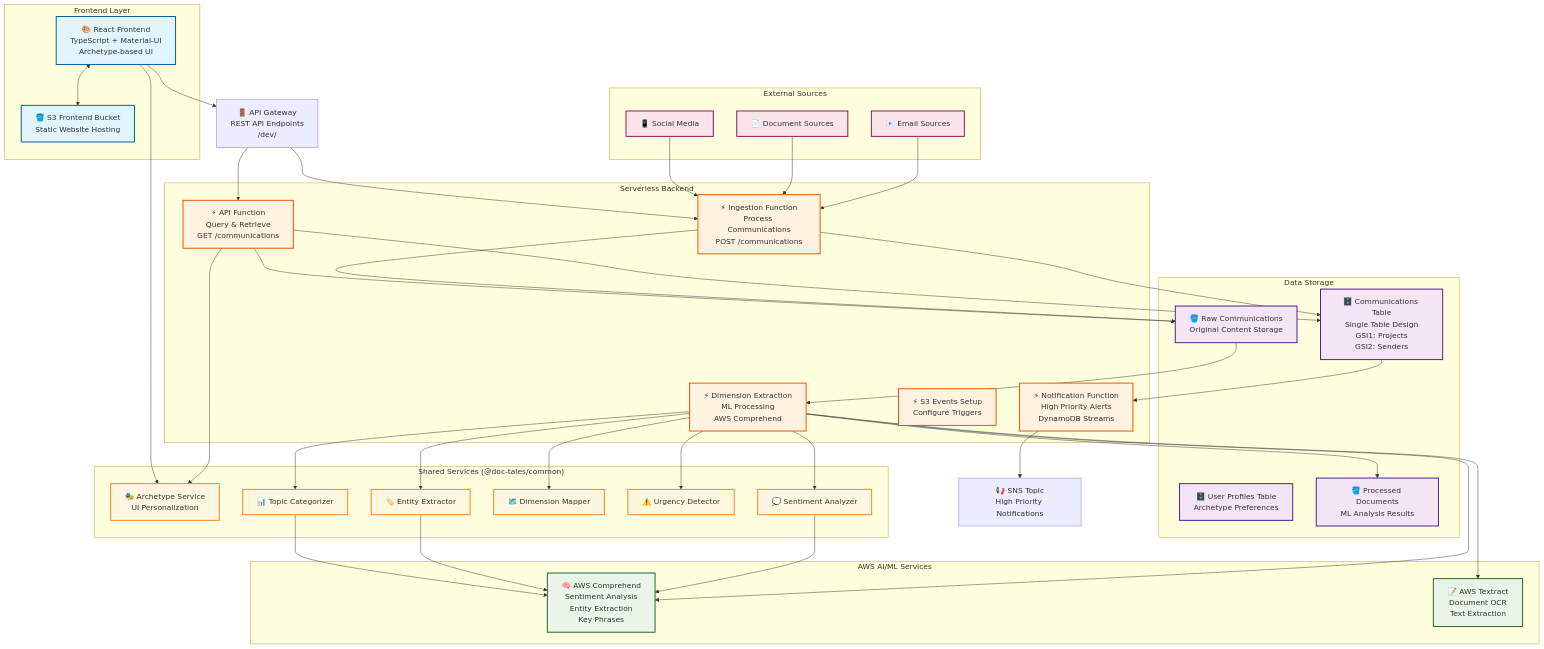
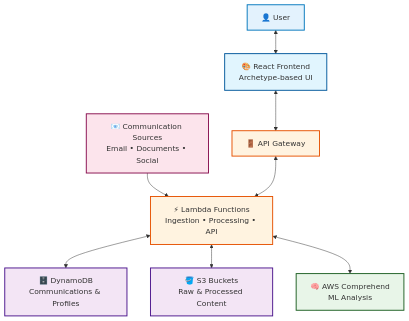
One commit to pchinjr/doc-tales changed the diagram in docs/technical/technical-architecture.md. Above: the diagram before and after it, drawn with Mermaid.

Commit message:
fix: new simple mermaid

````diff
--- a/docs/technical/technical-architecture.md
+++ b/docs/technical/technical-architecture.md
@@ -64,107 +64,40 @@
 ``` mermaid
 graph TB
-    %% External Sources
-    subgraph "External Sources"
-        EMAIL[📧 Email Sources]
-        DOCS[📄 Document Sources]
-        SOCIAL[📱 Social Media]
-    end
+    %% User and Sources
+    USER[👤 User]
+    SOURCES[📧 Communication Sources<br/>Email • Documents • Social]
 
-    %% Frontend Layer
-    subgraph "Frontend Layer"
-        REACT[🎨 React Frontend<br/>TypeScript + Material-UI<br/>Archetype-based UI]
-        S3_FRONTEND[🪣 S3 Frontend Bucket<br/>Static Website Hosting]
-    end
+    %% Main Components
+    FRONTEND[🎨 React Frontend<br/>Archetype-based UI]
+    API[🚪 API Gateway]
+    LAMBDAS[⚡ Lambda Functions<br/>Ingestion • Processing • API]
 
-    %% API Gateway
-    APIGW[🚪 API Gateway<br/>REST API Endpoints<br/>/dev/]
+    %% Storage and AI
+    DATABASE[🗄️ DynamoDB<br/>Communications & Profiles]
+    STORAGE[🪣 S3 Buckets<br/>Raw & Processed Content]
+    AI[🧠 AWS Comprehend<br/>ML Analysis]
 
-    %% Lambda Functions
-    subgraph "Serverless Backend"
-        INGESTION[⚡ Ingestion Function<br/>Process Communications<br/>POST /communications]
-        API_FUNC[⚡ API Function<br/>Query & Retrieve<br/>GET /communications]
-        DIMENSION[⚡ Dimension Extraction<br/>ML Processing<br/>AWS Comprehend]
-        NOTIFICATION[⚡ Notification Function<br/>High Priority Alerts<br/>DynamoDB Streams]
-        S3_EVENTS[⚡ S3 Events Setup<br/>Configure Triggers]
-    end
-
-    %% Storage Layer
-    subgraph "Data Storage"
-        DYNAMO_COMM[🗄️ Communications Table<br/>Single Table Design<br/>GSI1: Projects<br/>GSI2: Senders]
-        DYNAMO_USER[🗄️ User Profiles Table<br/>Archetype Preferences]
-        S3_RAW[🪣 Raw Communications<br/>Original Content Storage]
-        S3_PROCESSED[🪣 Processed Documents<br/>ML Analysis Results]
-    end
-
-    %% AI/ML Services
-    subgraph "AWS AI/ML Services"
-        COMPREHEND[🧠 AWS Comprehend<br/>Sentiment Analysis<br/>Entity Extraction<br/>Key Phrases]
-        TEXTRACT[📝 AWS Textract<br/>Document OCR<br/>Text Extraction]
-    end
-
-    %% Common Services
-    subgraph "Shared Services (@doc-tales/common)"
-        ARCHETYPE[🎭 Archetype Service<br/>UI Personalization]
-        SENTIMENT[💭 Sentiment Analyzer]
-        ENTITY[🏷️ Entity Extractor]
-        DIMENSION_MAP[🗺️ Dimension Mapper]
-        URGENCY[⚠️ Urgency Detector]
-        TOPIC[📊 Topic Categorizer]
-    end
-
-    %% Notification System
-    SNS[📢 SNS Topic<br/>High Priority Notifications]
-
-    %% Data Flow Connections
-    EMAIL --> INGESTION
-    DOCS --> INGESTION
-    SOCIAL --> INGESTION
-
-    REACT --> APIGW
-    REACT <--> S3_FRONTEND
-
-    APIGW --> INGESTION
-    APIGW --> API_FUNC
-
-    INGESTION --> DYNAMO_COMM
-    INGESTION --> S3_RAW
-    API_FUNC --> DYNAMO_COMM
-    API_FUNC --> S3_RAW
-
-    S3_RAW --> DIMENSION
-    DIMENSION --> S3_PROCESSED
-    DIMENSION --> COMPREHEND
-    DIMENSION --> TEXTRACT
-
-    DYNAMO_COMM --> NOTIFICATION
-    NOTIFICATION --> SNS
-
-    %% Common Services Integration
-    DIMENSION --> SENTIMENT
-    DIMENSION --> ENTITY
-    DIMENSION --> DIMENSION_MAP
-    DIMENSION --> URGENCY
-    DIMENSION --> TOPIC
-
-    API_FUNC --> ARCHETYPE
-    REACT --> ARCHETYPE
-
-    SENTIMENT --> COMPREHEND
-    ENTITY --> COMPREHEND
-    TOPIC --> COMPREHEND
+    %% Connections
+    USER <--> FRONTEND
+    SOURCES --> LAMBDAS
+    FRONTEND <--> API
+    API <--> LAMBDAS
+    LAMBDAS <--> DATABASE
+    LAMBDAS <--> STORAGE
+    LAMBDAS <--> AI
 
     %% Styling
+    classDef user fill:#e3f2fd,stroke:#0277bd,stroke-width:2px
+    classDef source fill:#fce4ec,stroke:#880e4f,stroke-width:2px
     classDef frontend fill:#e1f5fe,stroke:#01579b,stroke-width:2px
-    classDef lambda fill:#fff3e0,stroke:#e65100,stroke-width:2px
+    classDef backend fill:#fff3e0,stroke:#e65100,stroke-width:2px
     classDef storage fill:#f3e5f5,stroke:#4a148c,stroke-width:2px
     classDef ai fill:#e8f5e8,stroke:#1b5e20,stroke-width:2px
-    classDef common fill:#fff8e1,stroke:#f57f17,stroke-width:2px
-    classDef external fill:#fce4ec,stroke:#880e4f,stroke-width:2px
 
-    class REACT,S3_FRONTEND frontend
-    class INGESTION,API_FUNC,DIMENSION,NOTIFICATION,S3_EVENTS lambda
-    class DYNAMO_COMM,DYNAMO_USER,S3_RAW,S3_PROCESSED storage
-    class COMPREHEND,TEXTRACT ai
-    class ARCHETYPE,SENTIMENT,ENTITY,DIMENSION_MAP,URGENCY,TOPIC common
-    class EMAIL,DOCS,SOCIAL external
+    class USER user
+    class SOURCES source
+    class FRONTEND frontend
+    class API,LAMBDAS backend
+    class DATABASE,STORAGE storage
+    class AI ai
 ```
````
